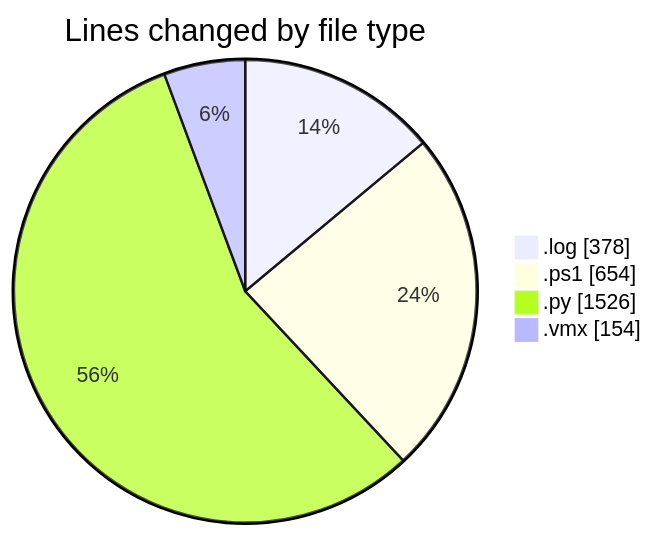
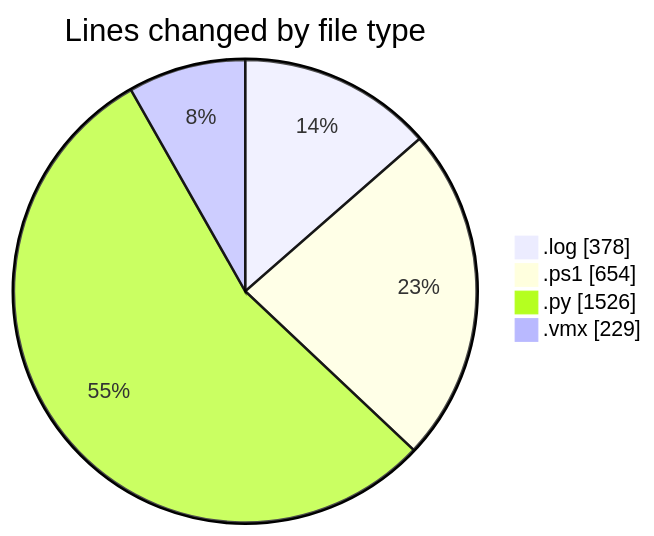
The first of 2 diagrams in 2026-07-08/twenty_versions_aminor/README.md (shibass792/code-tracking), drawn with Mermaid before and after one commit. The commit also changed other lines of this file and 1 other file, not shown here.

````diff
--- a/2026-07-08/twenty_versions_aminor/README.md
+++ b/2026-07-08/twenty_versions_aminor/README.md
@@ -26,8 +26,8 @@
 ```mermaid
 pie showData
 title Lines changed by file type
 ".log" : 378
 ".ps1" : 654
 ".py" : 1526
-".vmx" : 154
+".vmx" : 229
 ```
````
